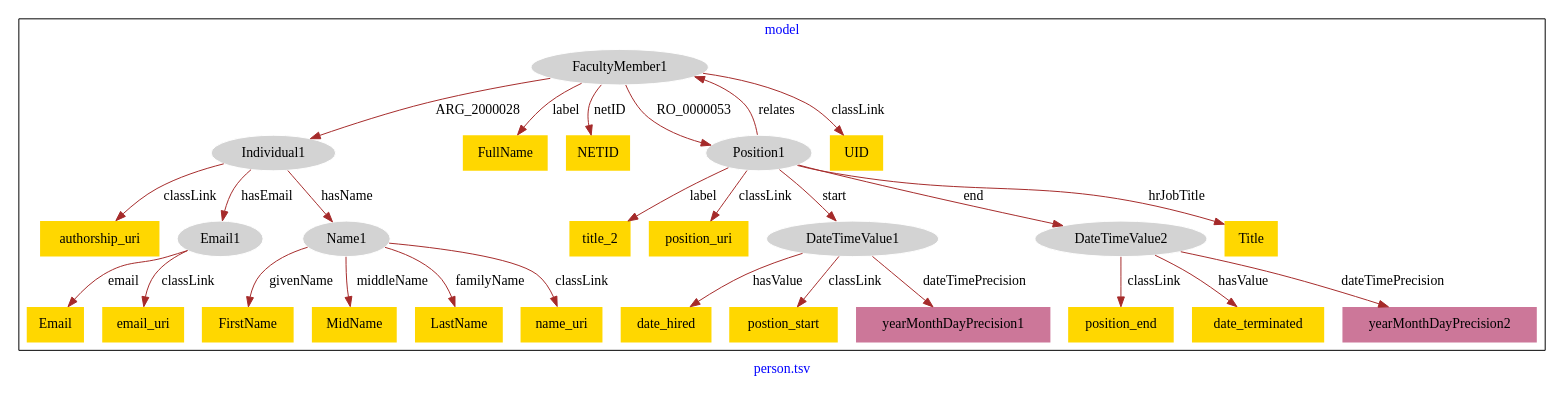
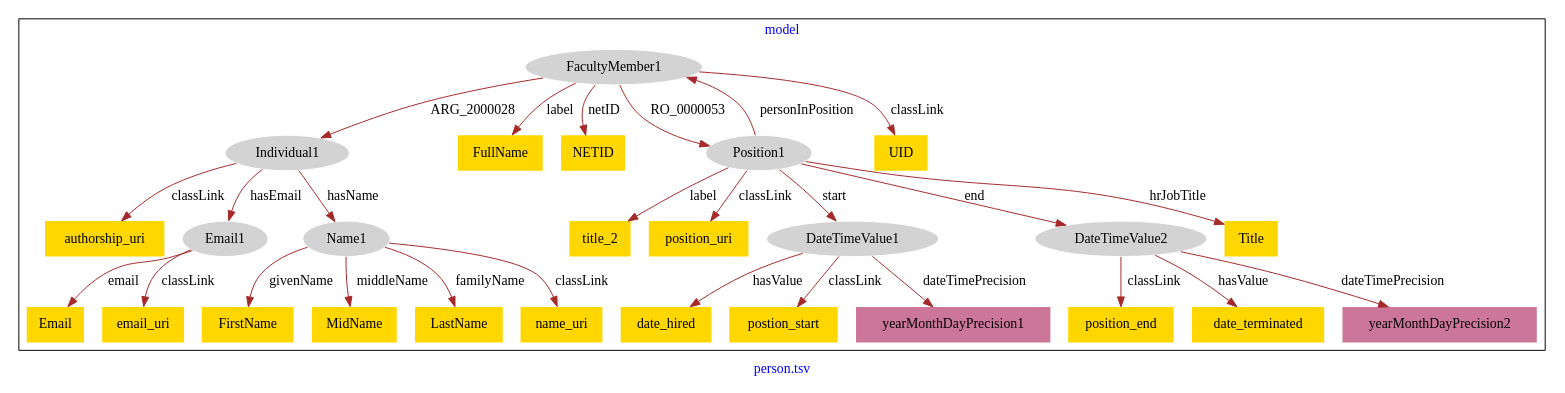
One commit to vioil/R2RML-Karma changed the diagram in data/person/person-model.dot. Above: the diagram before and after it, drawn with Graphviz. The commit also changed 8 other files, not shown here.

```diff
--- a/data/person/person-model.dot
+++ b/data/person/person-model.dot
@@ -1,60 +1,60 @@
 digraph n0 {
 fontcolor="blue"
 remincross="true"
 label="person.tsv"
 subgraph cluster {
 label="model"
 n2[style="filled",color="white",fillcolor="lightgray",label="FacultyMember1"];
 n3[style="filled",color="white",fillcolor="lightgray",label="Individual1"];
 n4[style="filled",color="white",fillcolor="lightgray",label="Position1"];
 n5[style="filled",color="white",fillcolor="lightgray",label="DateTimeValue1"];
 n6[style="filled",color="white",fillcolor="lightgray",label="DateTimeValue2"];
 n7[style="filled",color="white",fillcolor="lightgray",label="Email1"];
 n8[style="filled",color="white",fillcolor="lightgray",label="Name1"];
 n9[shape="plaintext",style="filled",fillcolor="gold",label="FirstName"];
 n10[shape="plaintext",style="filled",fillcolor="gold",label="FullName"];
 n11[shape="plaintext",style="filled",fillcolor="gold",label="MidName"];
 n12[shape="plaintext",style="filled",fillcolor="gold",label="LastName"];
 n13[shape="plaintext",style="filled",fillcolor="gold",label="date_hired"];
 n14[shape="plaintext",style="filled",fillcolor="gold",label="postion_start"];
 n15[shape="plaintext",style="filled",fillcolor="gold",label="Email"];
 n16[shape="plaintext",style="filled",fillcolor="gold",label="Title"];
 n17[shape="plaintext",style="filled",fillcolor="gold",label="position_end"];
 n18[shape="plaintext",style="filled",fillcolor="gold",label="date_terminated"];
 n19[shape="plaintext",style="filled",fillcolor="gold",label="title_2"];
 n20[shape="plaintext",style="filled",fillcolor="gold",label="NETID"];
 n21[shape="plaintext",style="filled",fillcolor="gold",label="position_uri"];
 n22[shape="plaintext",style="filled",fillcolor="gold",label="UID"];
 n23[shape="plaintext",style="filled",fillcolor="gold",label="authorship_uri"];
 n24[shape="plaintext",style="filled",fillcolor="gold",label="email_uri"];
 n25[shape="plaintext",style="filled",fillcolor="gold",label="name_uri"];
 n26[shape="plaintext",style="filled",fillcolor="#CC7799",label="yearMonthDayPrecision2"];
 n27[shape="plaintext",style="filled",fillcolor="#CC7799",label="yearMonthDayPrecision1"];
 }
 n2 -> n3[color="brown",fontcolor="black",label="ARG_2000028"]
 n4 -> n5[color="brown",fontcolor="black",label="start"]
 n4 -> n6[color="brown",fontcolor="black",label="end"]
-n4 -> n2[color="brown",fontcolor="black",label="relates"]
+n4 -> n2[color="brown",fontcolor="black",label="personInPosition"]
 n3 -> n7[color="brown",fontcolor="black",label="hasEmail"]
 n3 -> n8[color="brown",fontcolor="black",label="hasName"]
 n8 -> n9[color="brown",fontcolor="black",label="givenName"]
 n2 -> n10[color="brown",fontcolor="black",label="label"]
 n8 -> n11[color="brown",fontcolor="black",label="middleName"]
 n8 -> n12[color="brown",fontcolor="black",label="familyName"]
 n5 -> n13[color="brown",fontcolor="black",label="hasValue"]
 n5 -> n14[color="brown",fontcolor="black",label="classLink"]
 n7 -> n15[color="brown",fontcolor="black",label="email"]
 n4 -> n16[color="brown",fontcolor="black",label="hrJobTitle"]
 n6 -> n17[color="brown",fontcolor="black",label="classLink"]
 n6 -> n18[color="brown",fontcolor="black",label="hasValue"]
 n4 -> n19[color="brown",fontcolor="black",label="label"]
 n2 -> n20[color="brown",fontcolor="black",label="netID"]
 n4 -> n21[color="brown",fontcolor="black",label="classLink"]
 n2 -> n22[color="brown",fontcolor="black",label="classLink"]
 n3 -> n23[color="brown",fontcolor="black",label="classLink"]
 n7 -> n24[color="brown",fontcolor="black",label="classLink"]
 n8 -> n25[color="brown",fontcolor="black",label="classLink"]
 n2 -> n4[color="brown",fontcolor="black",label="RO_0000053"]
 n6 -> n26[color="brown",fontcolor="black",label="dateTimePrecision"]
 n5 -> n27[color="brown",fontcolor="black",label="dateTimePrecision"]
 }
```
